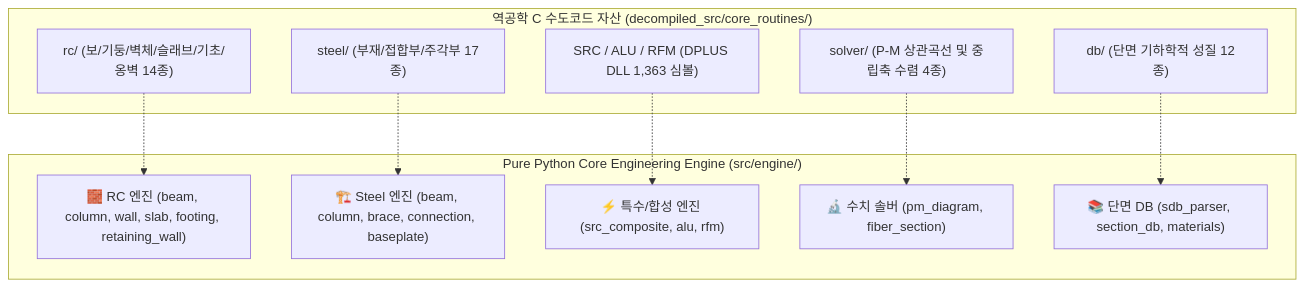
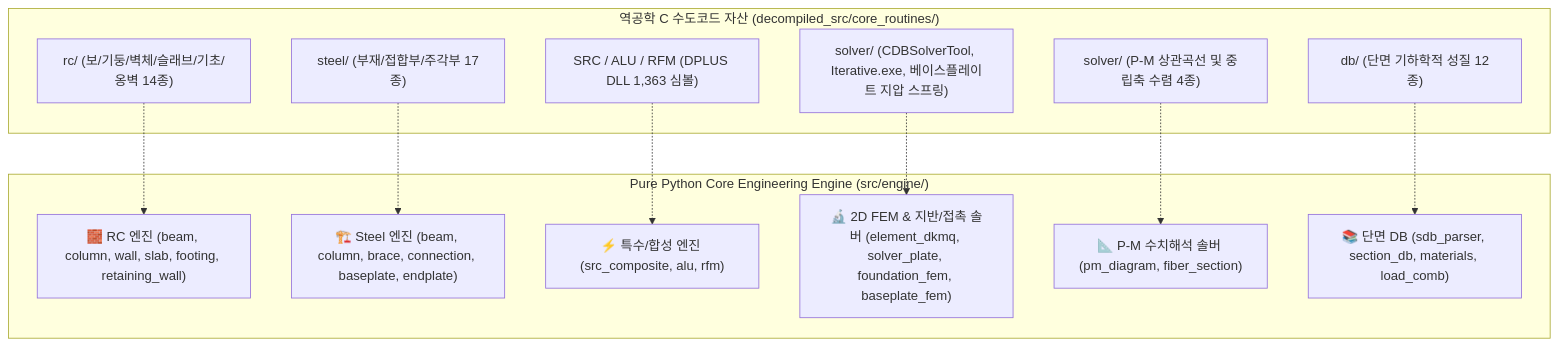
Before and after one commit to zlkiki/AltDP_3rd: the second of 2 diagrams in README.md, drawn with Mermaid. The commit also changed other lines of this file and 237 other files, not shown here.

Commit message:
feat(fem): implement 2D plate bending FEM engine, soil-structure interaction, and nonlinear baseplate contact solver (Req-12 complete)

````diff
--- a/README.md
+++ b/README.md
@@ -39,24 +39,28 @@
 ```mermaid
 graph TD
     subgraph Core_Engine ["Pure Python Core Engineering Engine (src/engine/)"]
         E_RC["🧱 RC 엔진 (beam, column, wall, slab, footing, retaining_wall)"]
-        E_STL["🏗️ Steel 엔진 (beam, column, brace, connection, baseplate)"]
+        E_STL["🏗️ Steel 엔진 (beam, column, brace, connection, baseplate, endplate)"]
         E_ADV["⚡ 특수/합성 엔진 (src_composite, alu, rfm)"]
-        E_SLV["🔬 수치 솔버 (pm_diagram, fiber_section)"]
-        E_DB["📚 단면 DB (sdb_parser, section_db, materials)"]
+        E_FEM["🔬 2D FEM & 지반/접촉 솔버 (element_dkmq, solver_plate, foundation_fem, baseplate_fem)"]
+        E_SLV["📐 P-M 수치해석 솔버 (pm_diagram, fiber_section)"]
+        E_DB["📚 단면 DB (sdb_parser, section_db, materials, load_comb)"]
     end
 
     subgraph Ground_Truth ["역공학 C 수도코드 자산 (decompiled_src/core_routines/)"]
         GT_RC["rc/ (보/기둥/벽체/슬래브/기초/옹벽 14종)"]
         GT_STL["steel/ (부재/접합부/주각부 17종)"]
         GT_ADV["SRC / ALU / RFM (DPLUS DLL 1,363 심볼)"]
+        GT_FEM["solver/ (CDBSolverTool, Iterative.exe, 베이스플레이트 지압 스프링)"]
         GT_SLV["solver/ (P-M 상관곡선 및 중립축 수렴 4종)"]
         GT_DB["db/ (단면 기하학적 성질 12종)"]
     end
 
     GT_RC -.-> E_RC
     GT_STL -.-> E_STL
     GT_ADV -.-> E_ADV
+    GT_FEM -.-> E_FEM
     GT_SLV -.-> E_SLV
     GT_DB -.-> E_DB
+
 ```
````
